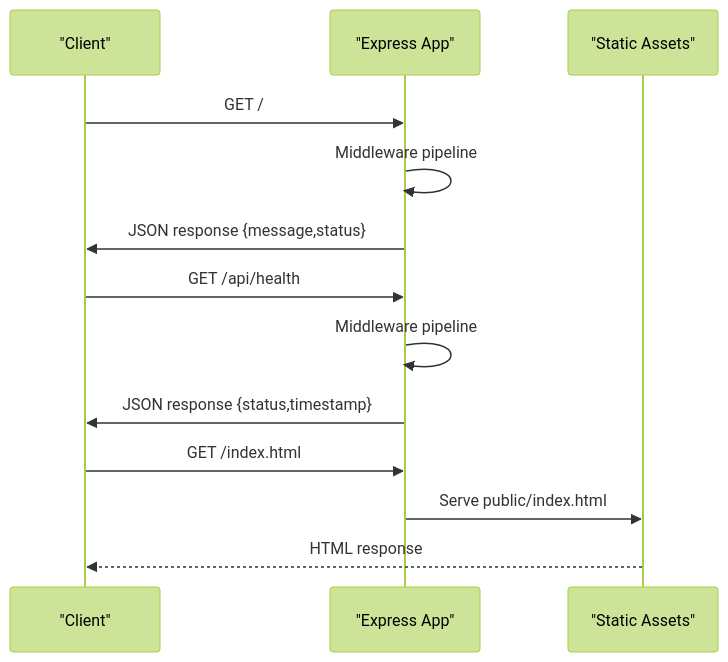
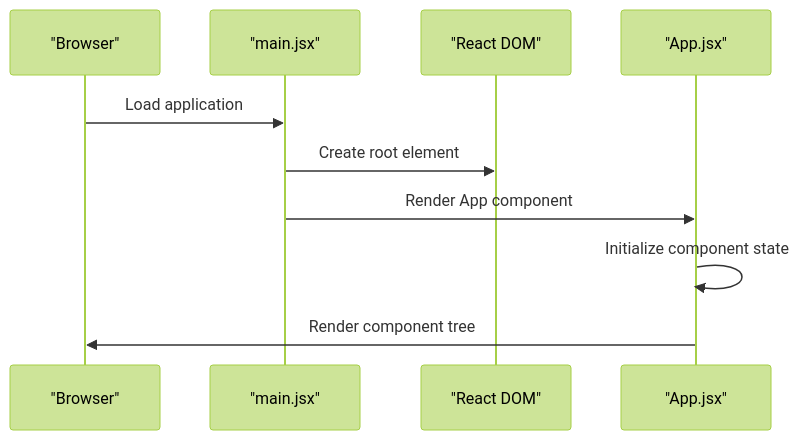
One commit to rakeshmaity271/frankie-picasso changed the third of 11 diagrams in .qoder/repowiki/en/content/Application Architecture.md. Above: the diagram before and after it, drawn with Mermaid (forest theme). The commit also changed other lines of this file and 28 other files, not shown here.

````diff
--- a/.qoder/repowiki/en/content/Application Architecture.md
+++ b/.qoder/repowiki/en/content/Application Architecture.md
@@ -130,15 +161,12 @@
 ```mermaid
 sequenceDiagram
-participant Client as "Client"
-participant Express as "Express App"
-participant Static as "Static Assets"
-Client->>Express : GET /
-Express->>Express : Middleware pipeline
-Express->>Client : JSON response {message,status}
-Client->>Express : GET /api/health
-Express->>Express : Middleware pipeline
-Express->>Client : JSON response {status,timestamp}
-Client->>Express : GET /index.html
-Express->>Static : Serve public/index.html
-Static-->>Client : HTML response
+participant Browser as "Browser"
+participant Main as "main.jsx"
+participant ReactDOM as "React DOM"
+participant App as "App.jsx"
+Browser->>Main : Load application
+Main->>ReactDOM : Create root element
+Main->>App : Render App component
+App->>App : Initialize component state
+App->>Browser : Render component tree
 ```
````
